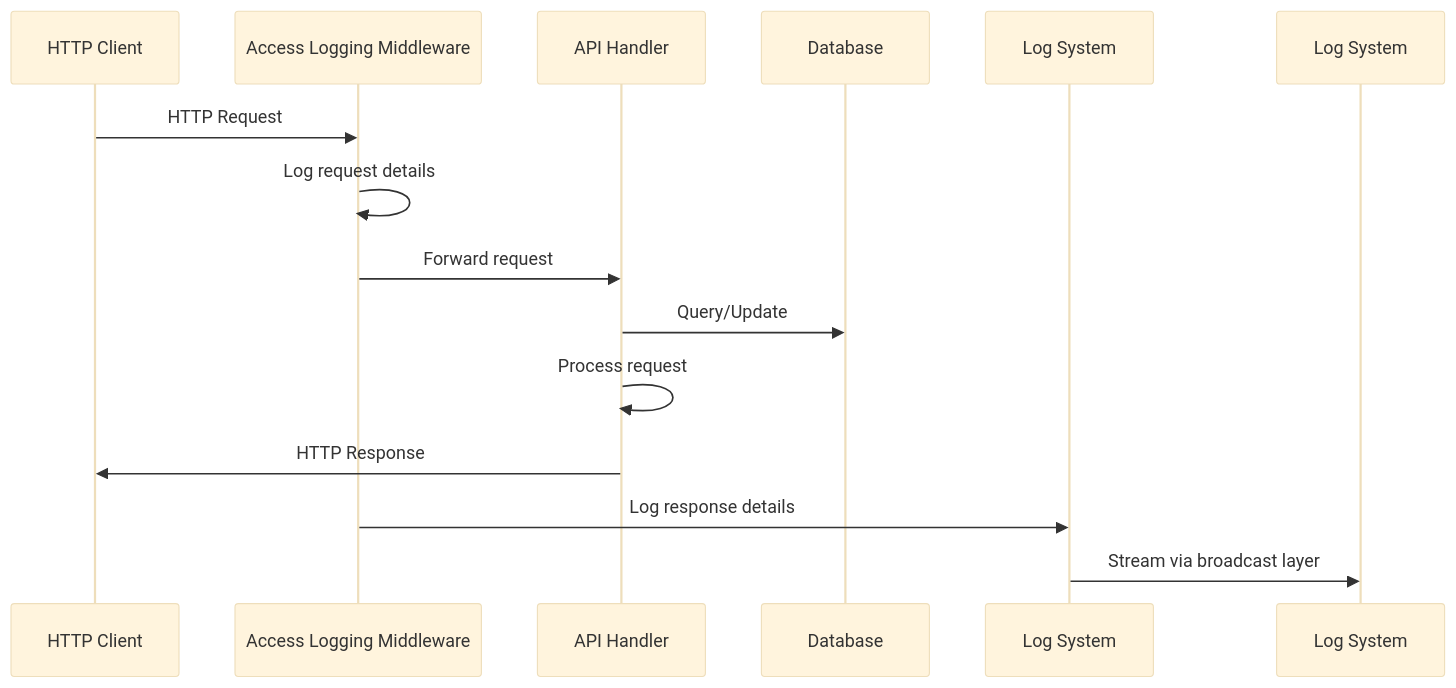
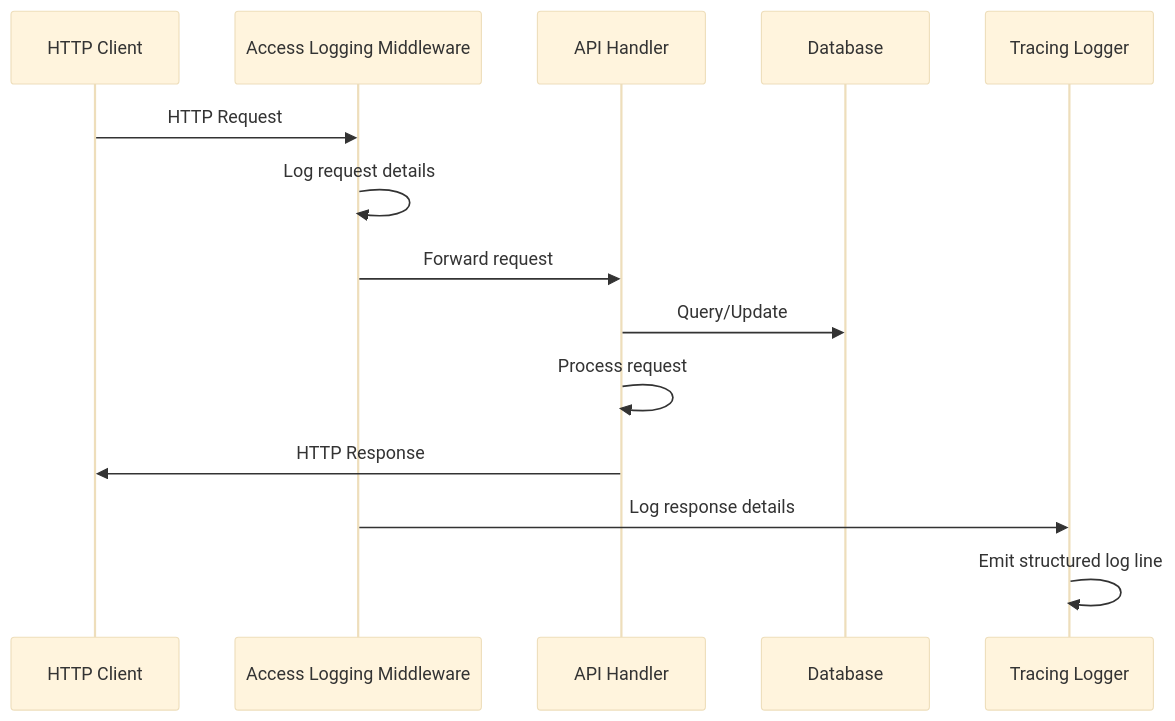
Before and after one commit to Afeather2017/Kaulan: the diagram in docs/access-logging.md, drawn with Mermaid (base theme). The commit also changed other lines of this file and 9 other files, not shown here.

````diff
--- a/docs/access-logging.md
+++ b/docs/access-logging.md
@@ -11,17 +11,17 @@
 ```mermaid
 sequenceDiagram
     participant Client as HTTP Client
     participant Middleware as Access Logging Middleware
     participant Handler as API Handler
     participant DB as Database
-    participant Logger as Log System
+    participant Logger as Tracing Logger
 
     Client->>Middleware: HTTP Request
     Middleware->>Middleware: Log request details
     Middleware->>Handler: Forward request
     Handler->>DB: Query/Update
     Handler->>Handler: Process request
     Handler->>Client: HTTP Response
     Middleware->>Logger: Log response details
-    Logger->>Log System: Stream via broadcast layer
+    Logger->>Logger: Emit structured log line
 ```
````
